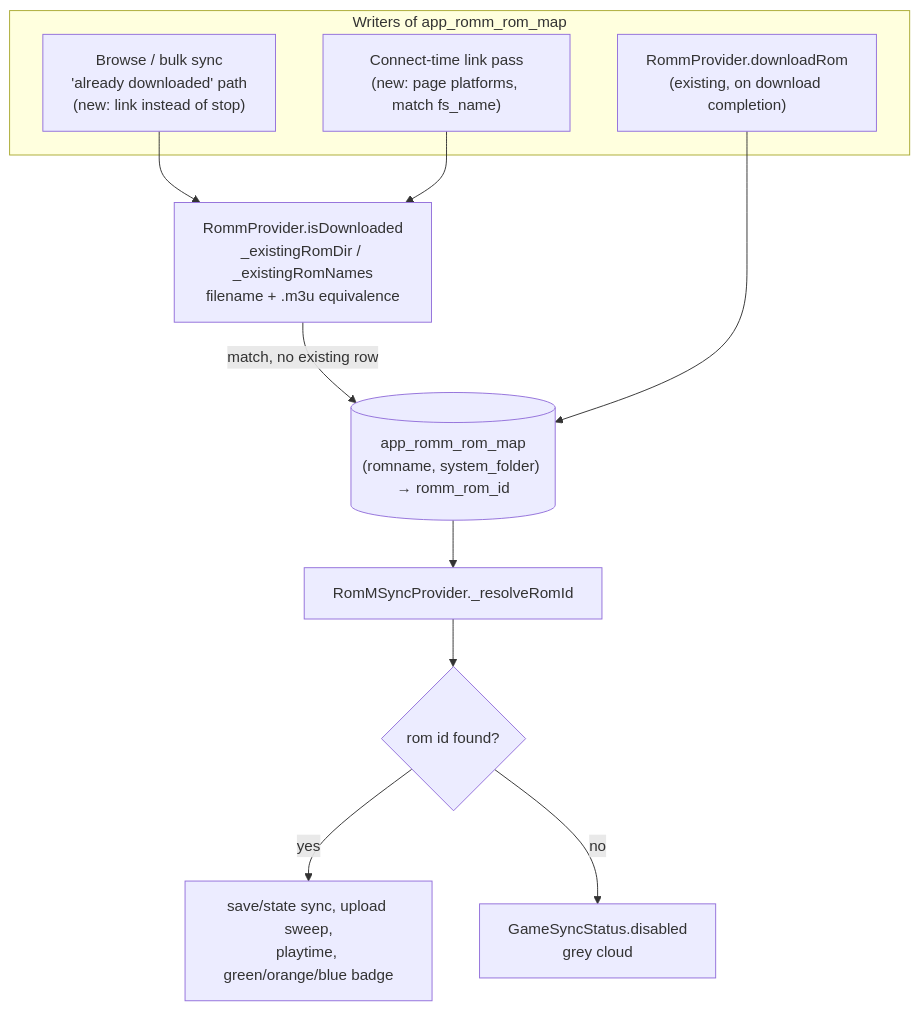
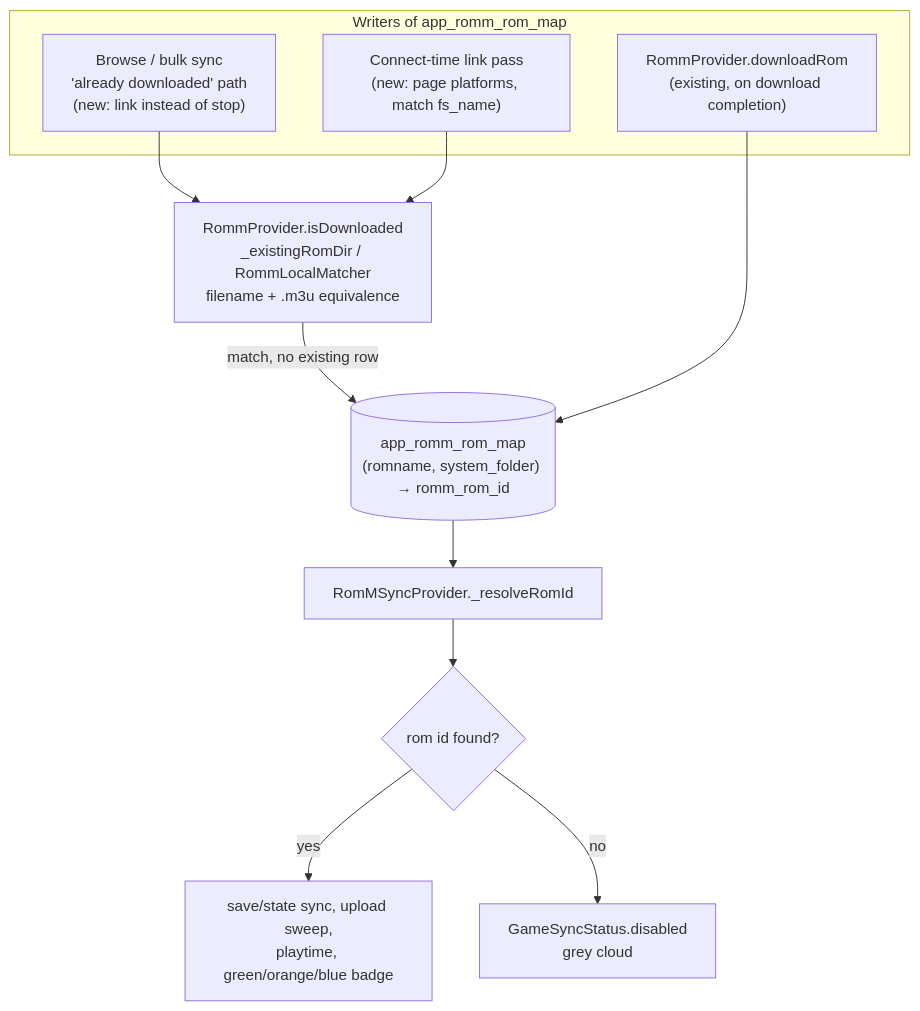
One commit to jonstump/neostation-frontend changed the diagram in sdd/adrs/ADR-0001-link-existing-roms-to-romm-by-filename.md. Above: the diagram before and after it, drawn with Mermaid. The commit also changed other lines of this file and 13 other files, not shown here.

````diff
--- a/sdd/adrs/ADR-0001-link-existing-roms-to-romm-by-filename.md
+++ b/sdd/adrs/ADR-0001-link-existing-roms-to-romm-by-filename.md
@@ -103,23 +103,23 @@
 ```mermaid
 flowchart TD
     subgraph writers["Writers of app_romm_rom_map"]
         DL["RommProvider.downloadRom<br/>(existing, on download completion)"]
         AD["Browse / bulk sync<br/>'already downloaded' path<br/>(new: link instead of stop)"]
         CP["Connect-time link pass<br/>(new: page platforms, match fs_name)"]
     end
-    ISD["RommProvider.isDownloaded<br/>_existingRomDir / _existingRomNames<br/>filename + .m3u equivalence"]
+    ISD["RommProvider.isDownloaded<br/>_existingRomDir / RommLocalMatcher<br/>filename + .m3u equivalence"]
     MAP[("app_romm_rom_map<br/>(romname, system_folder) → romm_rom_id")]
     RES["RomMSyncProvider._resolveRomId"]
     GATE{"rom id found?"}
     SYNC["save/state sync, upload sweep,<br/>playtime, green/orange/blue badge"]
     OFF["GameSyncStatus.disabled<br/>grey cloud"]
 
     AD --> ISD
     CP --> ISD
     ISD -- "match, no existing row" --> MAP
     DL --> MAP
     MAP --> RES
     RES --> GATE
     GATE -- yes --> SYNC
     GATE -- no --> OFF
 ```
````
